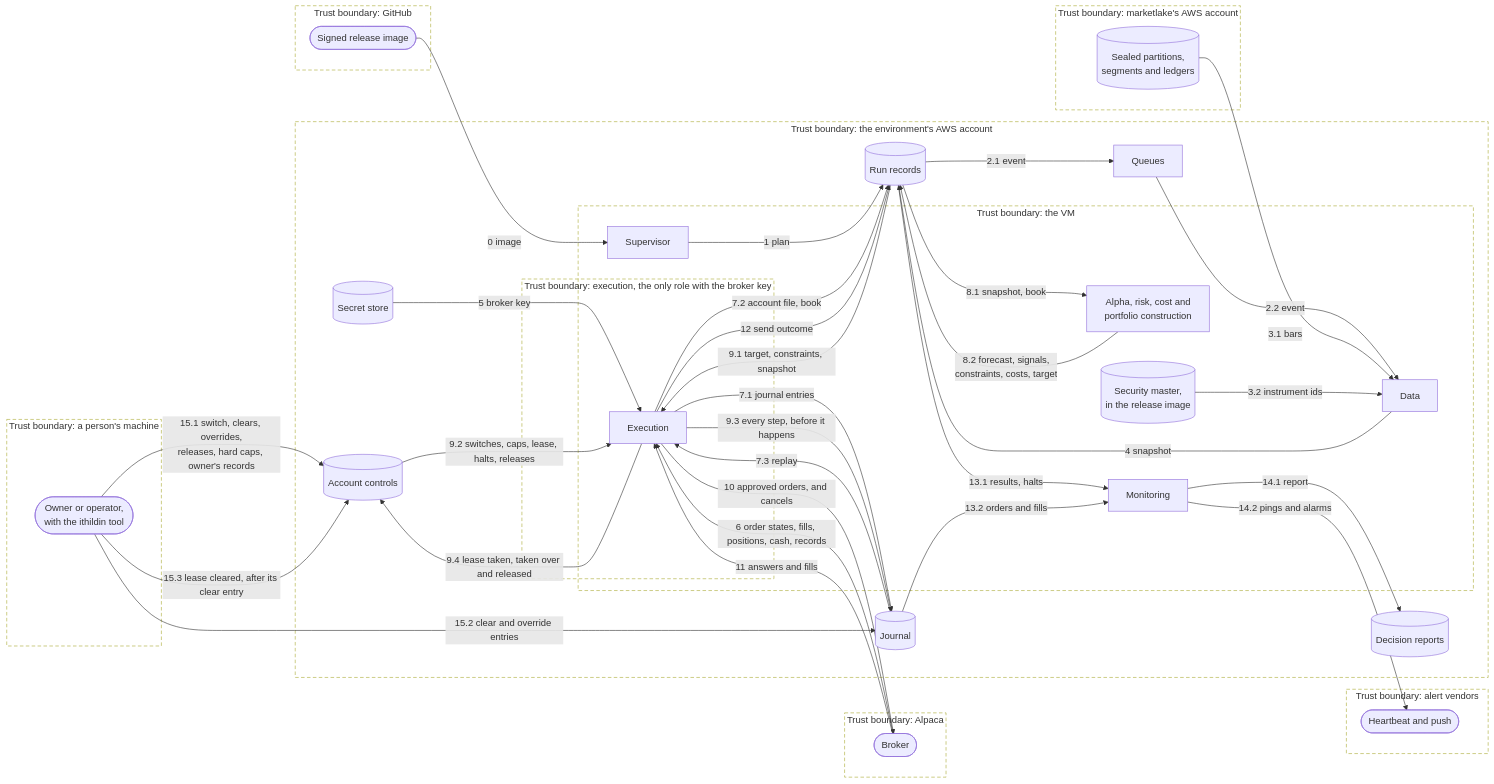
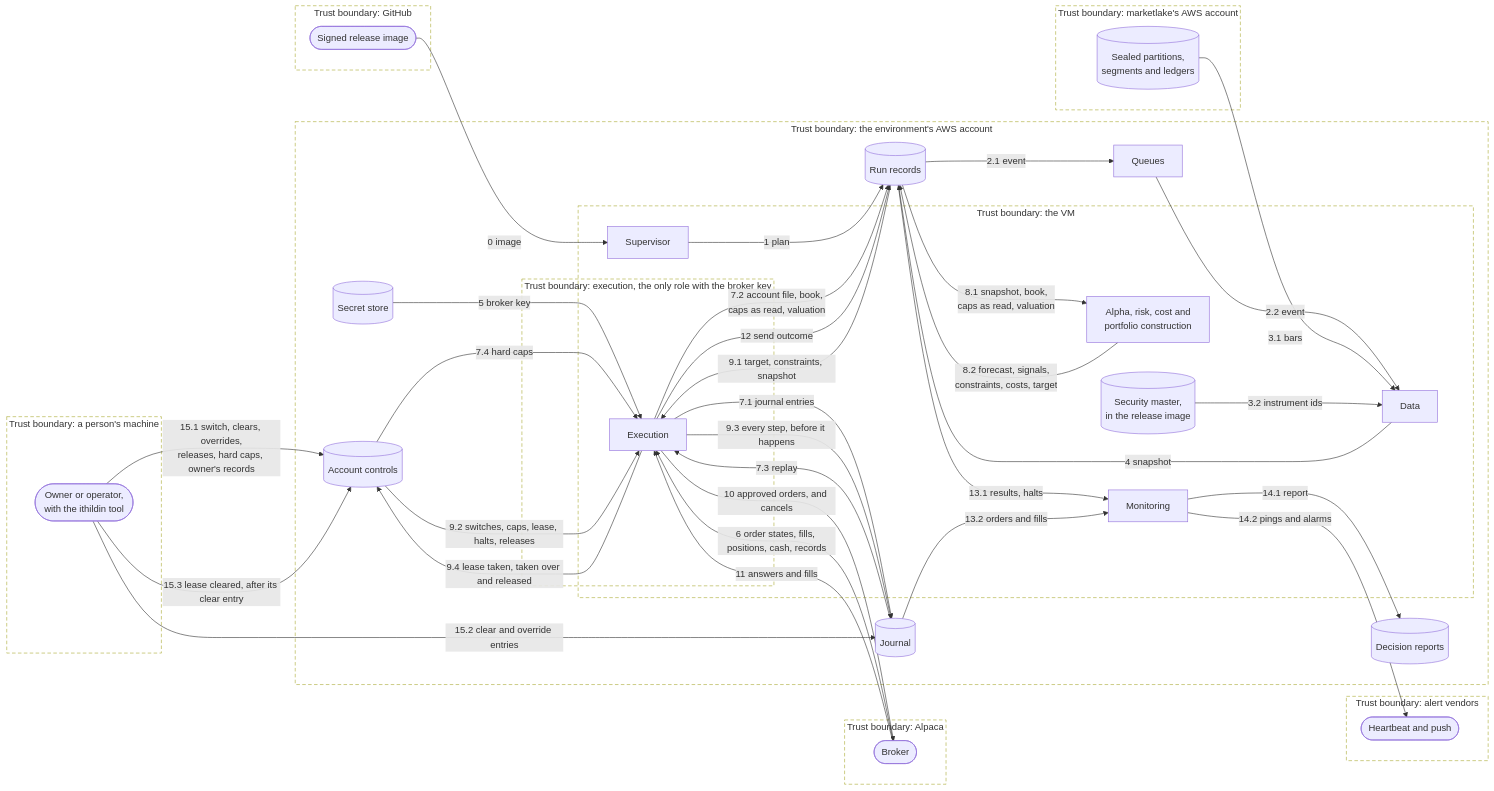
The second of 18 diagrams in docs/architecture/06-runtime.md (l3a0/ithildin-runtime), drawn with Mermaid before and after one commit. The commit also changed other lines of this file and 28 other files, not shown here.

````diff
--- a/docs/architecture/06-runtime.md
+++ b/docs/architecture/06-runtime.md
@@ -106,68 +106,69 @@
 ```mermaid
 flowchart LR
     subgraph tb_person["Trust boundary: a person's machine"]
         person(["Owner or operator,<br/>with the ithildin tool"])
     end
     subgraph tb_github["Trust boundary: GitHub"]
         registry(["Signed release image"])
     end
     subgraph tb_marketlake["Trust boundary: marketlake's AWS account"]
         lake[("Sealed partitions,<br/>segments and ledgers")]
     end
     subgraph tb_broker["Trust boundary: Alpaca"]
         brokerx(["Broker"])
     end
     subgraph tb_alert["Trust boundary: alert vendors"]
         alert(["Heartbeat and push"])
     end
     subgraph tb_account["Trust boundary: the environment's AWS account"]
         subgraph tb_vm["Trust boundary: the VM"]
             sup["Supervisor"]
             data["Data"]
             models["Alpha, risk, cost and<br/>portfolio construction"]
             mon["Monitoring"]
             d2[("Security master,<br/>in the release image")]
             subgraph tb_exec["Trust boundary: execution, the only role with the broker key"]
                 exec["Execution"]
             end
         end
         queue["Queues"]
         secret[("Secret store")]
         d1[("Run records")]
         d3[("Journal")]
         d4[("Decision reports")]
         d5[("Account controls")]
     end
 
     registry -->|"0 image"| sup
     sup -->|"1 plan"| d1
     d1 -->|"2.1 event"| queue
     queue -->|"2.2 event"| data
     lake -->|"3.1 bars"| data
     d2 -->|"3.2 instrument ids"| data
     data -->|"4 snapshot"| d1
     secret -->|"5 broker key"| exec
     brokerx -->|"6 order states, fills, positions, cash, records"| exec
     exec -->|"7.1 journal entries"| d3
-    exec -->|"7.2 account file, book"| d1
+    exec -->|"7.2 account file, book,<br/>caps as read, valuation"| d1
     d3 -->|"7.3 replay"| exec
-    d1 -->|"8.1 snapshot, book"| models
+    d5 -->|"7.4 hard caps"| exec
+    d1 -->|"8.1 snapshot, book,<br/>caps as read, valuation"| models
     models -->|"8.2 forecast, signals,<br/>constraints, costs, target"| d1
     d1 -->|"9.1 target, constraints, snapshot"| exec
     d5 -->|"9.2 switches, caps, lease, halts, releases"| exec
     exec -->|"9.3 every step, before it happens"| d3
     exec -->|"9.4 lease taken, taken over and released"| d5
     exec -->|"10 approved orders, and cancels"| brokerx
     brokerx -->|"11 answers and fills"| exec
     exec -->|"12 send outcome"| d1
     d1 -->|"13.1 results, halts"| mon
     d3 -->|"13.2 orders and fills"| mon
     mon -->|"14.1 report"| d4
     mon -->|"14.2 pings and alarms"| alert
     person -->|"15.1 switch, clears, overrides,<br/>releases, hard caps, owner's records"| d5
     person -->|"15.2 clear and override entries"| d3
     person -->|"15.3 lease cleared, after its clear entry"| d5
 
     classDef boundary fill:none,stroke-dasharray:6 4
     class tb_person,tb_github,tb_marketlake,tb_broker,tb_alert,tb_account,tb_vm,tb_exec boundary
 ```
````
